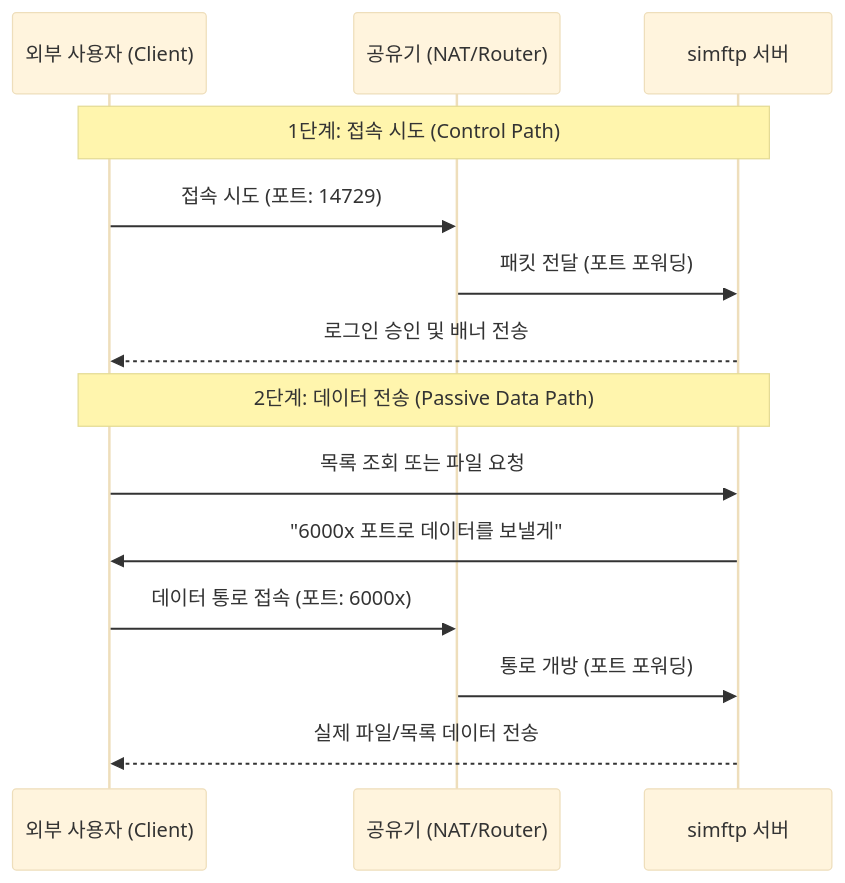
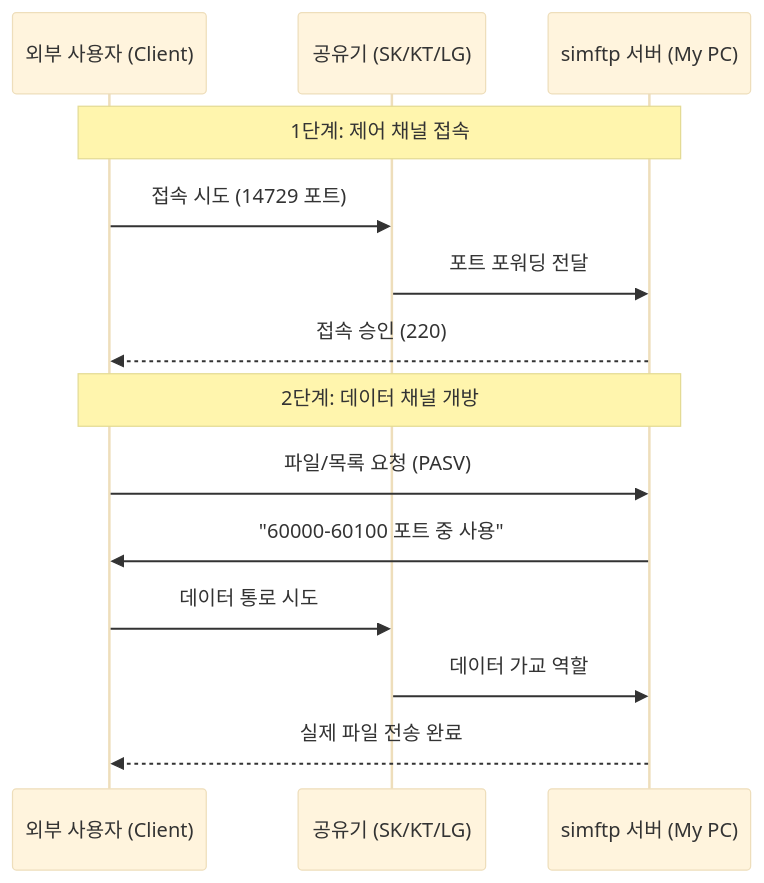
Before and after one commit to hslcrb/simftp: the second of 2 diagrams in README.md, drawn with Mermaid (base theme). The commit also changed other lines of this file and 1 other file, not shown here.

Commit message:
Docs/Feat: Update README with detailed structure/ERD and implement 3-step warning (1/3, 2/3, 3/3) for critical resets

````diff
--- a/README.md
+++ b/README.md
@@ -42,18 +51,18 @@
 ```mermaid
 sequenceDiagram
     participant User as 외부 사용자 (Client)
-    participant Router as 공유기 (NAT/Router)
-    participant Server as simftp 서버
+    participant Router as 공유기 (SK/KT/LG)
+    participant Server as simftp 서버 (My PC)
 
-    Note over User, Server: 1단계: 접속 시도 (Control Path)
-    User->>Router: 접속 시도 (포트: 14729)
-    Router->>Server: 패킷 전달 (포트 포워딩)
-    Server-->>User: 로그인 승인 및 배너 전송
+    Note over User, Server: 1단계: 제어 채널 접속
+    User->>Router: 접속 시도 (14729 포트)
+    Router->>Server: 포트 포워딩 전달
+    Server-->>User: 접속 승인 (220)
 
-    Note over User, Server: 2단계: 데이터 전송 (Passive Data Path)
-    User->>Server: 목록 조회 또는 파일 요청
-    Server->>User: "6000x 포트로 데이터를 보낼게"
-    User->>Router: 데이터 통로 접속 (포트: 6000x)
-    Router->>Server: 통로 개방 (포트 포워딩)
-    Server-->>User: 실제 파일/목록 데이터 전송
+    Note over User, Server: 2단계: 데이터 채널 개방
+    User->>Server: 파일/목록 요청 (PASV)
+    Server->>User: "60000-60100 포트 중 사용"
+    User->>Router: 데이터 통로 시도
+    Router->>Server: 데이터 가교 역할
+    Server-->>User: 실제 파일 전송 완료
 ```
````
